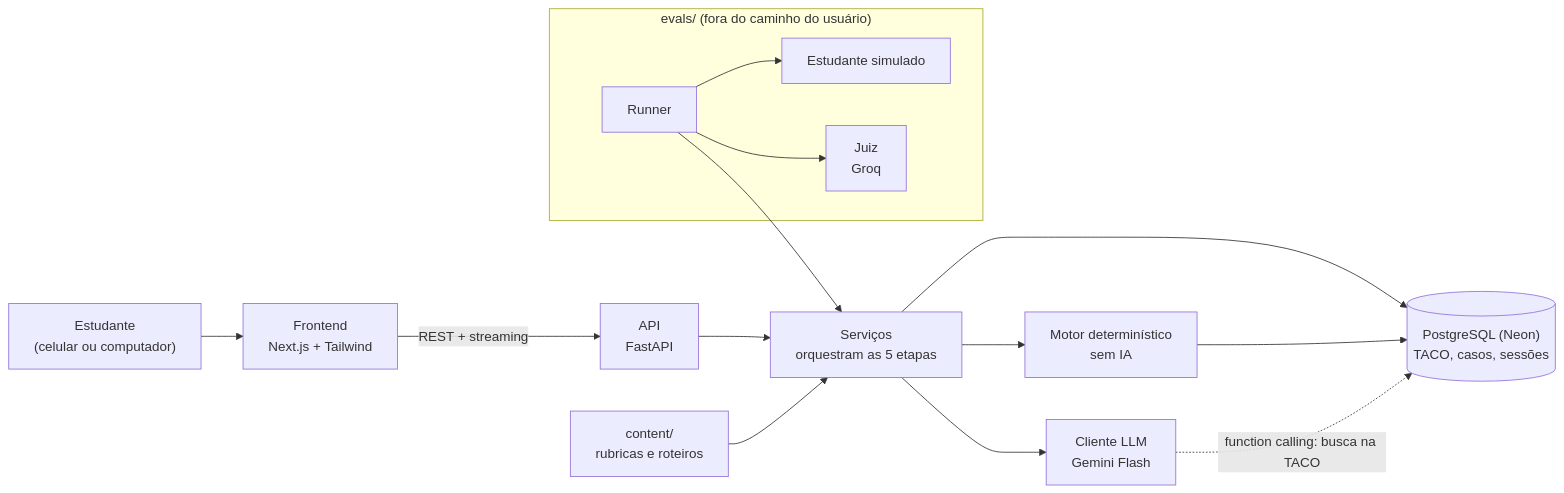
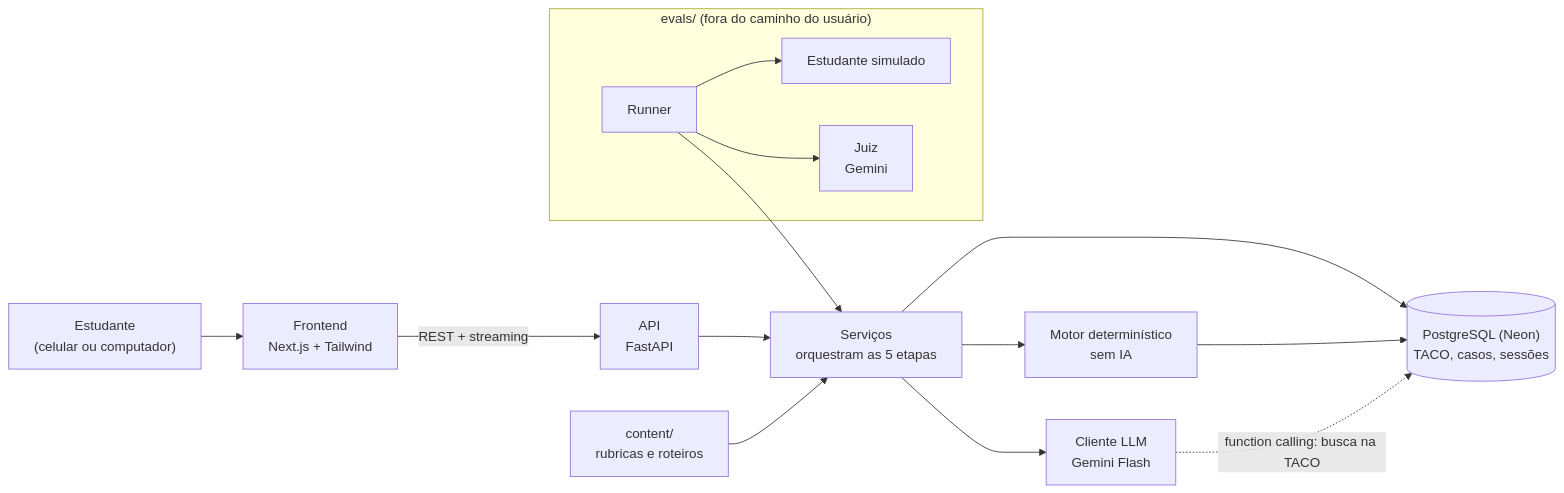
The diagram in docs/arquitetura.md (thisdev-davi/nutrisim), drawn with Mermaid before and after one commit. The commit also changed 4 other files, not shown here.

Commit message:
docs(eval): troca o juiz do groq pelo gemini e registra a ADR-005 (NS-032)

````diff
--- a/docs/arquitetura.md
+++ b/docs/arquitetura.md
@@ -11,17 +11,17 @@
 ```mermaid
 flowchart LR
     U["Estudante<br/>(celular ou computador)"] --> F["Frontend<br/>Next.js + Tailwind"]
     F -->|"REST + streaming"| A["API<br/>FastAPI"]
     A --> S["Serviços<br/>orquestram as 5 etapas"]
     S --> L["Cliente LLM<br/>Gemini Flash"]
     S --> M["Motor determinístico<br/>sem IA"]
     S --> D[("PostgreSQL (Neon)<br/>TACO, casos, sessões")]
     M --> D
     L -.->|"function calling: busca na TACO"| D
     C["content/<br/>rubricas e roteiros"] --> S
     subgraph EV["evals/ (fora do caminho do usuário)"]
         R["Runner"] --> ES["Estudante simulado"]
-        R --> J["Juiz<br/>Groq"]
+        R --> J["Juiz<br/>Gemini"]
     end
     R --> S
 ```
````
